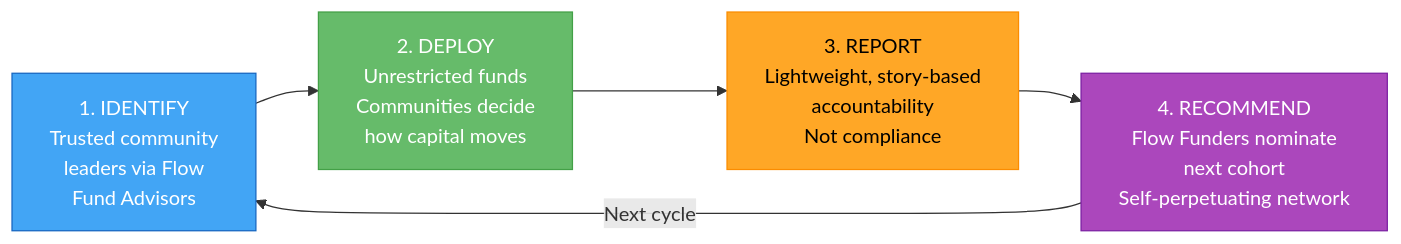
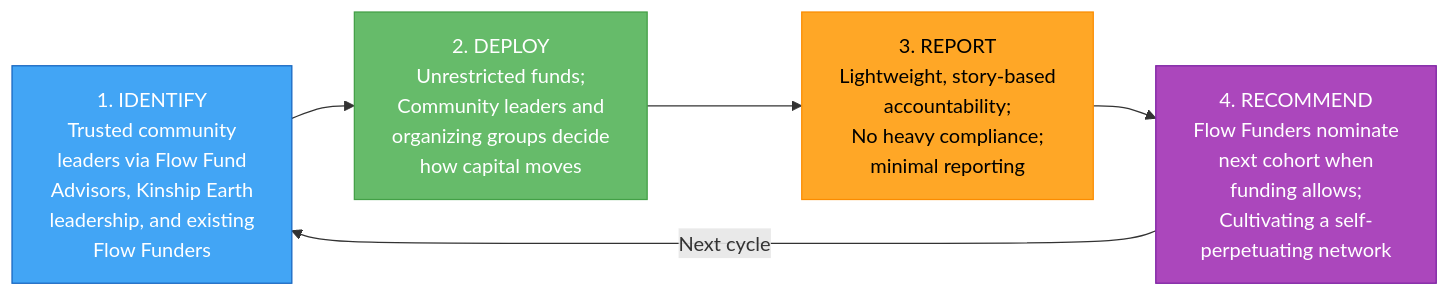
Before and after one commit to Light-Brands/sydney: the first of 4 diagrams in kinship-earth/EXECUTIVE-SUMMARY.md, drawn with Mermaid. The commit also changed other lines of this file, not shown here.

First line of the commit message:
Update Kinship Earth Executive Summary with latest organizational data

````diff
--- a/kinship-earth/EXECUTIVE-SUMMARY.md
+++ b/kinship-earth/EXECUTIVE-SUMMARY.md
@@ -41,15 +41,15 @@
 ```mermaid
 flowchart LR
-    S1["1. IDENTIFY<br/>Trusted community<br/>leaders via Flow<br/>Fund Advisors"]
-    S2["2. DEPLOY<br/>Unrestricted funds<br/>Communities decide<br/>how capital moves"]
-    S3["3. REPORT<br/>Lightweight, story-based<br/>accountability<br/>Not compliance"]
-    S4["4. RECOMMEND<br/>Flow Funders nominate<br/>next cohort<br/>Self-perpetuating network"]
+    S1["1. IDENTIFY<br/>Trusted community<br/>leaders via Flow Fund<br/>Advisors, Kinship Earth<br/>leadership, and existing<br/>Flow Funders"]
+    S2["2. DEPLOY<br/>Unrestricted funds;<br/>Community leaders and<br/>organizing groups decide<br/>how capital moves"]
+    S3["3. REPORT<br/>Lightweight, story-based<br/>accountability;<br/>No heavy compliance;<br/>minimal reporting"]
+    S4["4. RECOMMEND<br/>Flow Funders nominate<br/>next cohort when<br/>funding allows;<br/>Cultivating a self-<br/>perpetuating network"]
 
     S1 --> S2 --> S3 --> S4
     S4 -->|"Next cycle"| S1
 
     style S1 fill:#42A5F5,stroke:#1565C0,color:#fff
     style S2 fill:#66BB6A,stroke:#43A047,color:#fff
     style S3 fill:#FFA726,stroke:#FB8C00,color:#000
     style S4 fill:#AB47BC,stroke:#7B1FA2,color:#fff
 ```
````
